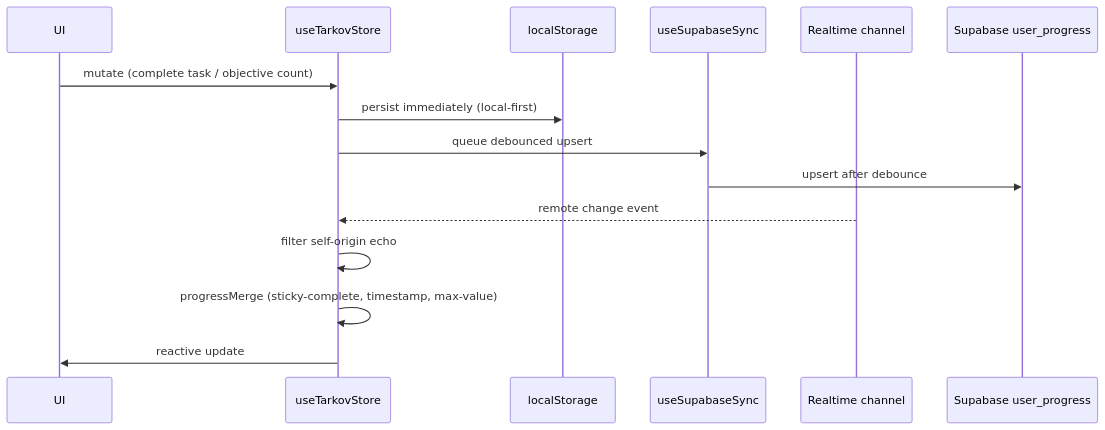
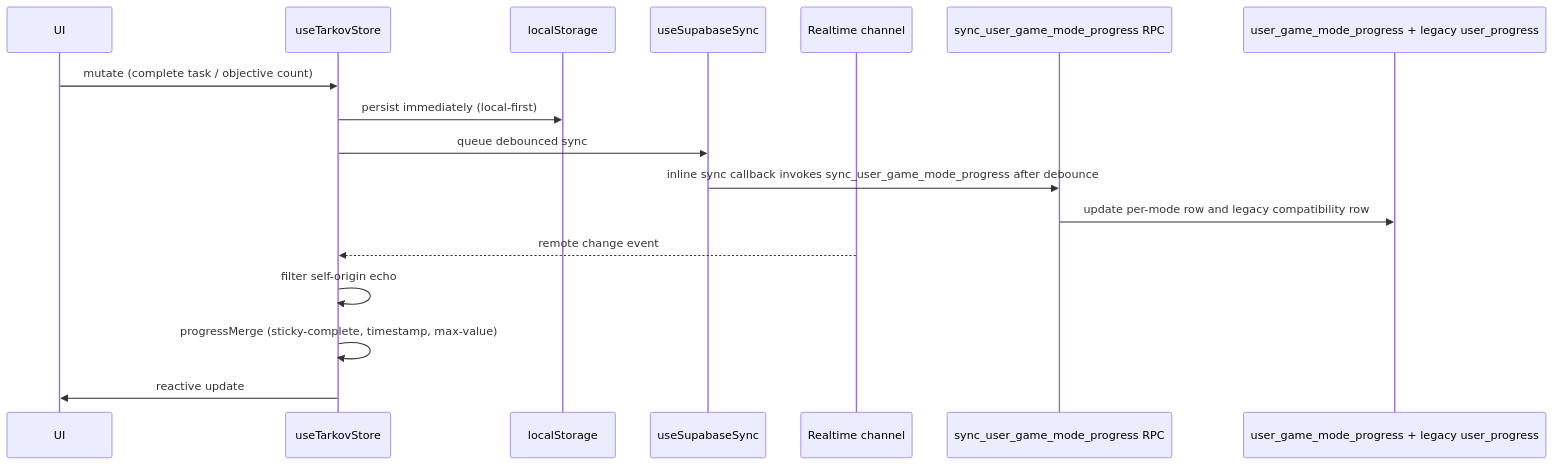
Before and after one commit to tarkovtracker-org/TarkovTracker: the third of 9 diagrams in docs/agent-context/summary/workflows.md, drawn with Mermaid. The commit also changed other lines of this file and 5 other files, not shown here.

````diff
--- a/docs/agent-context/summary/workflows.md
+++ b/docs/agent-context/summary/workflows.md
@@ -62,18 +62,20 @@
 ```mermaid
 sequenceDiagram
     participant UI
     participant Tarkov as useTarkovStore
     participant LS as localStorage
     participant Sync as useSupabaseSync
     participant RT as Realtime channel
-    participant DB as Supabase user_progress
+    participant RPC as sync_user_game_mode_progress RPC
+    participant DB as user_game_mode_progress + legacy user_progress
 
     UI->>Tarkov: mutate (complete task / objective count)
     Tarkov->>LS: persist immediately (local-first)
-    Tarkov->>Sync: queue debounced upsert
-    Sync->>DB: upsert after debounce
+    Tarkov->>Sync: queue debounced sync
+    Sync->>RPC: inline sync callback invokes sync_user_game_mode_progress after debounce
+    RPC->>DB: update per-mode row and legacy compatibility row
     RT-->>Tarkov: remote change event
     Tarkov->>Tarkov: filter self-origin echo
     Tarkov->>Tarkov: progressMerge (sticky-complete, timestamp, max-value)
     Tarkov->>UI: reactive update
 ```
````
